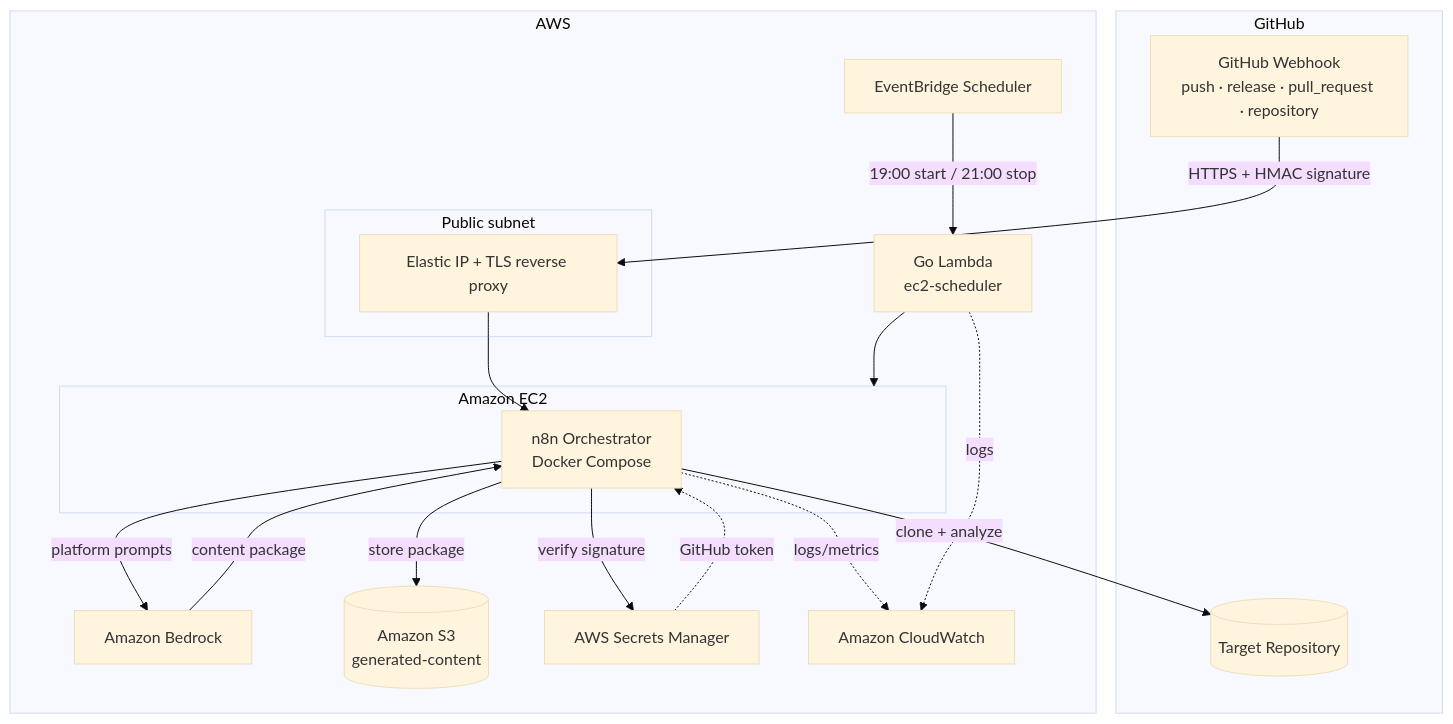
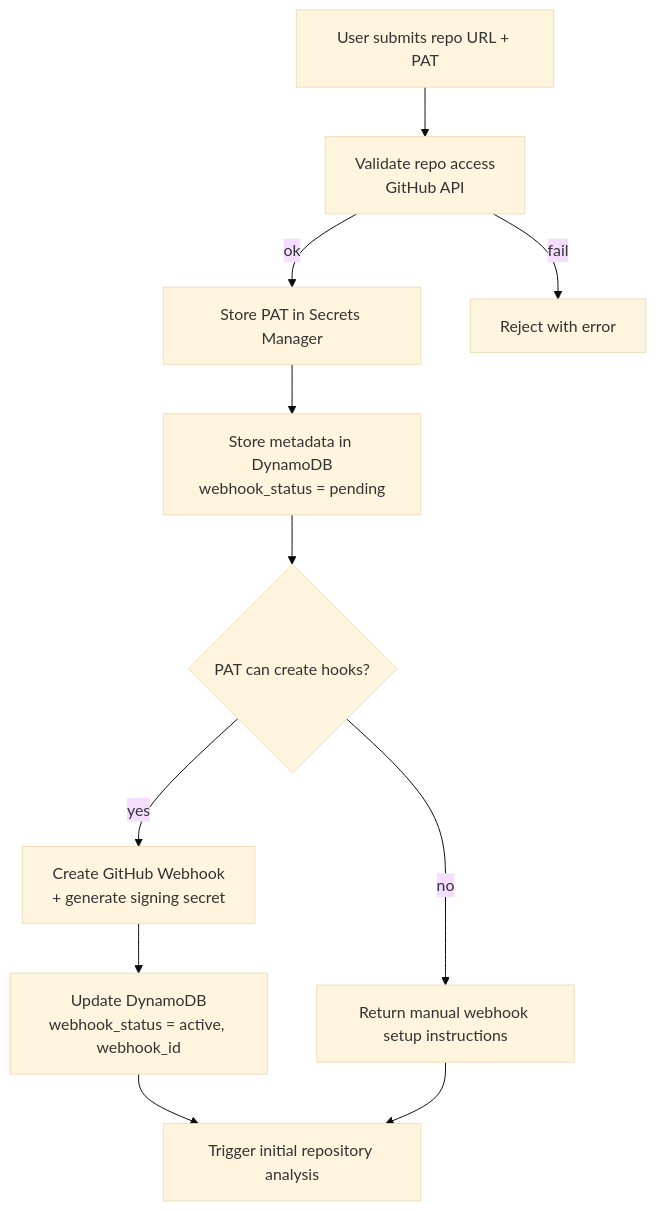
Before and after one commit to teddynted/ai-github-repository-blog-generator: the first of 6 diagrams in README.md, drawn with Mermaid (base theme). The commit also changed other lines of this file and 10 other files, not shown here.

````diff
--- a/README.md
+++ b/README.md
@@ -58,33 +64,13 @@
 ```mermaid
 flowchart TB
-    subgraph GitHub
-        EVT[GitHub Webhook<br/>push · release · pull_request · repository]
-        REPO[(Target Repository)]
-    end
-
-    subgraph AWS
-        subgraph PublicNet["Public subnet"]
-            EIP[Elastic IP + TLS reverse proxy]
-        end
-        SCHED[EventBridge Scheduler]
-        LSTOP[Go Lambda<br/>ec2-scheduler]
-        subgraph EC2["Amazon EC2"]
-            N8N[n8n Orchestrator<br/>Docker Compose]
-        end
-        BR[Amazon Bedrock]
-        S3[(Amazon S3<br/>generated-content)]
-        SM[AWS Secrets Manager]
-        CW[Amazon CloudWatch]
-    end
-
-    EVT -->|HTTPS + HMAC signature| EIP --> N8N
-    SCHED -->|19:00 start / 21:00 stop| LSTOP --> EC2
-    N8N -->|verify signature| SM
-    N8N -->|clone + analyze| REPO
-    N8N -->|platform prompts| BR
-    BR -->|content package| N8N
-    N8N -->|store package| S3
-    SM -. GitHub token .-> N8N
-    N8N -. logs/metrics .-> CW
-    LSTOP -. logs .-> CW
+    U[User submits repo URL + PAT] --> V[Validate repo access<br/>GitHub API]
+    V -->|ok| SEC[Store PAT in Secrets Manager]
+    V -->|fail| ERR[Reject with error]
+    SEC --> META[Store metadata in DynamoDB<br/>webhook_status = pending]
+    META --> HOOK{PAT can create hooks?}
+    HOOK -->|yes| CREATE[Create GitHub Webhook<br/>+ generate signing secret]
+    HOOK -->|no| MANUAL[Return manual webhook setup instructions]
+    CREATE --> UPD[Update DynamoDB<br/>webhook_status = active, webhook_id]
+    UPD --> INIT[Trigger initial repository analysis]
+    MANUAL --> INIT
 ```
````
